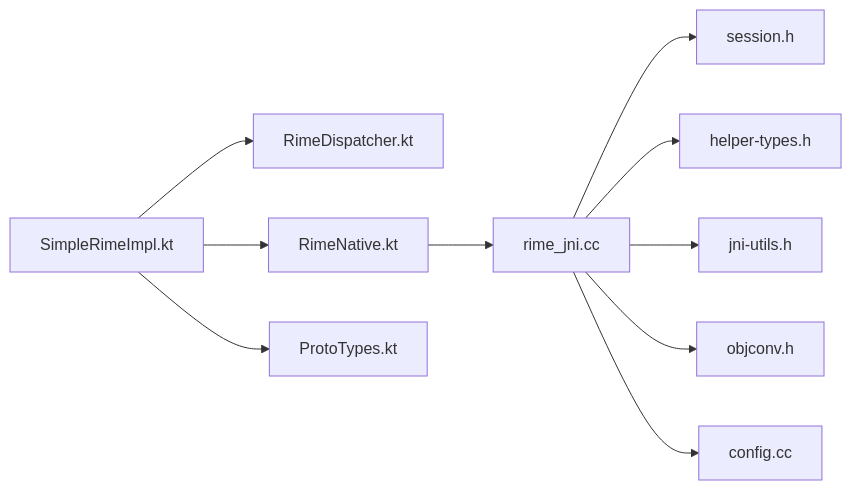
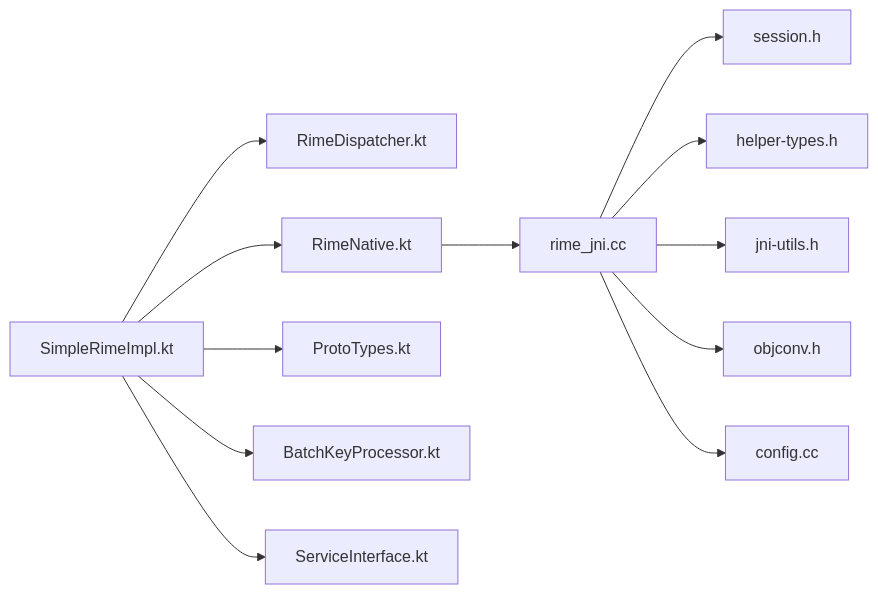
Before and after one commit to qiaodashaoye/ziyou-ime: the ninth of 9 diagrams in .qoder/repowiki/zh/content/架构设计/分层架构设计/业务逻辑层/SimpleRimeImpl 核心实现.md, drawn with Mermaid. The commit also changed other lines of this file and 7 other files, not shown here.

````diff
--- a/.qoder/repowiki/zh/content/架构设计/分层架构设计/业务逻辑层/SimpleRimeImpl 核心实现.md
+++ b/.qoder/repowiki/zh/content/架构设计/分层架构设计/业务逻辑层/SimpleRimeImpl 核心实现.md
@@ -310,12 +432,14 @@
 ```mermaid
 graph LR
 SimpleRimeImpl["SimpleRimeImpl.kt"] --> RimeDispatcher["RimeDispatcher.kt"]
 SimpleRimeImpl --> RimeNative["RimeNative.kt"]
 SimpleRimeImpl --> ProtoTypes["ProtoTypes.kt"]
+SimpleRimeImpl --> BatchProcessor["BatchKeyProcessor.kt"]
+SimpleRimeImpl --> ServiceInterface["ServiceInterface.kt"]
 RimeNative --> rime_jni["rime_jni.cc"]
 rime_jni --> session_h["session.h"]
 rime_jni --> helper_types["helper-types.h"]
 rime_jni --> jni_utils["jni-utils.h"]
 rime_jni --> objconv["objconv.h"]
 rime_jni --> config_cc["config.cc"]
 ```
````
